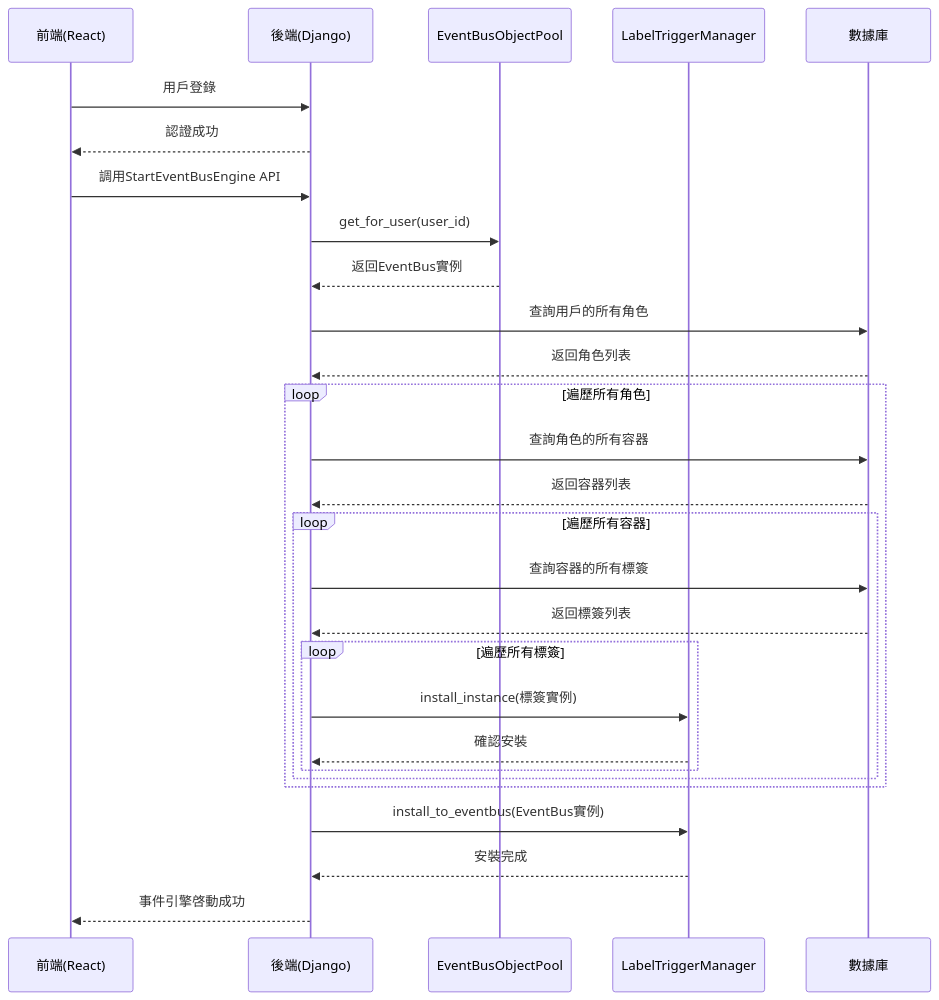
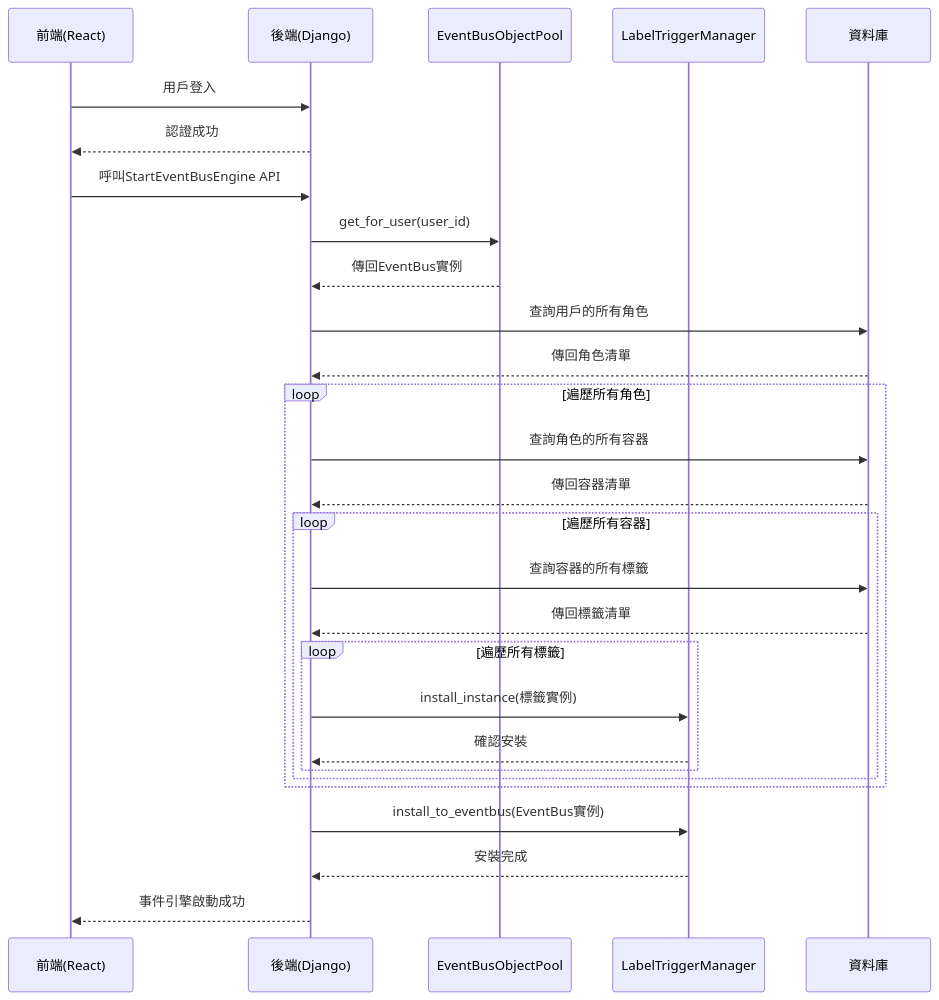
Before and after one commit to lizzary/Quantitative-Strategy-Management-and-Monitoring-System-Platform: diagram 27 of 48 in readme.md, drawn with Mermaid. The commit also changed other lines of this file, not shown here.

````diff
--- a/readme.md
+++ b/readme.md
@@ -1813,39 +1897,39 @@
 ```mermaid
 sequenceDiagram
     participant Frontend as 前端(React)
     participant Backend as 後端(Django)
     participant EventBusPool as EventBusObjectPool
     participant TriggerManager as LabelTriggerManager
-    participant DB as 數據庫
+    participant DB as 資料庫
     
-    Frontend->>Backend: 用戶登錄
+    Frontend->>Backend: 用戶登入
     Backend-->>Frontend: 認證成功
     
-    Frontend->>Backend: 調用StartEventBusEngine API
+    Frontend->>Backend: 呼叫StartEventBusEngine API
     
     Backend->>EventBusPool: get_for_user(user_id)
-    EventBusPool-->>Backend: 返回EventBus實例
+    EventBusPool-->>Backend: 傳回EventBus實例
     
     Backend->>DB: 查詢用戶的所有角色
-    DB-->>Backend: 返回角色列表
+    DB-->>Backend: 傳回角色清單
     
     loop 遍歷所有角色
         Backend->>DB: 查詢角色的所有容器
-        DB-->>Backend: 返回容器列表
+        DB-->>Backend: 傳回容器清單
         
         loop 遍歷所有容器
-            Backend->>DB: 查詢容器的所有標簽
-            DB-->>Backend: 返回標簽列表
+            Backend->>DB: 查詢容器的所有標籤
+            DB-->>Backend: 傳回標籤清單
             
-            loop 遍歷所有標簽
-                Backend->>TriggerManager: install_instance(標簽實例)
+            loop 遍歷所有標籤
+                Backend->>TriggerManager: install_instance(標籤實例)
                 TriggerManager-->>Backend: 確認安裝
             end
         end
     end
     
     Backend->>TriggerManager: install_to_eventbus(EventBus實例)
     TriggerManager-->>Backend: 安裝完成
     
-    Backend-->>Frontend: 事件引擎啓動成功
+    Backend-->>Frontend: 事件引擎啟動成功
 ```
````
